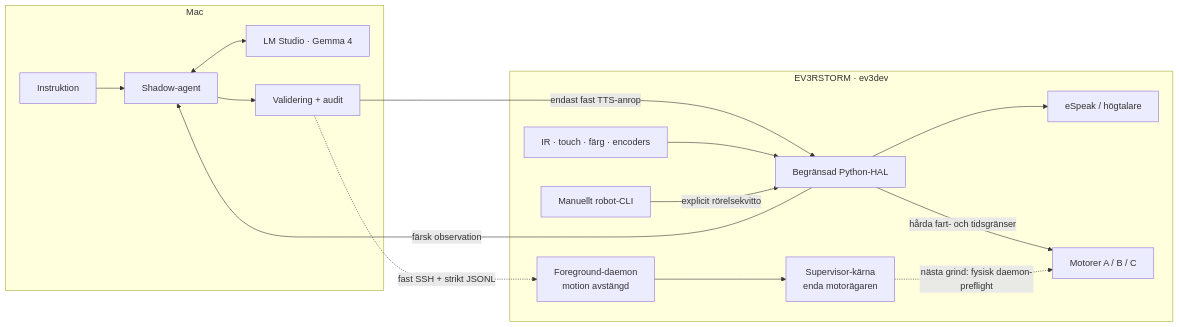
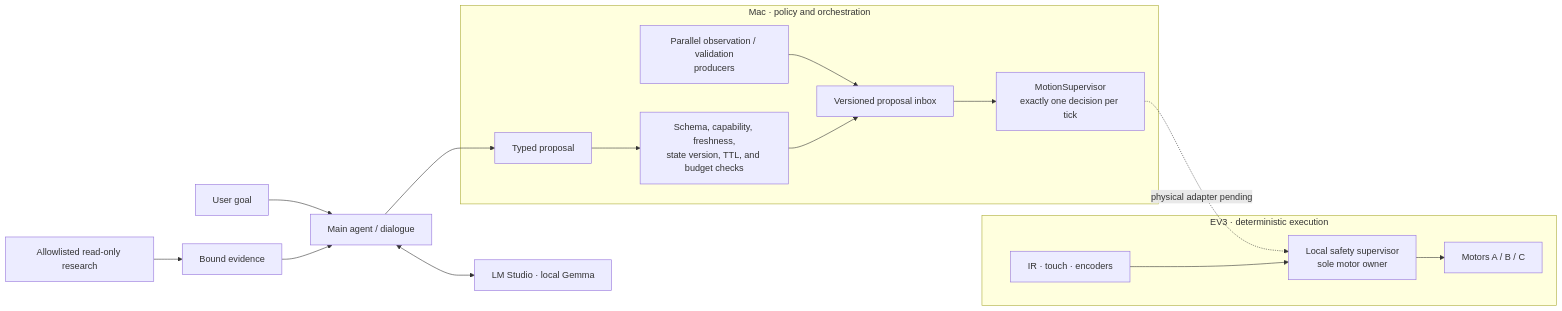
The diagram in README.md (Jawbreaker1/robot-llm), drawn with Mermaid before and after one commit. The commit also changed other lines of this file and 4 other files, not shown here.

````diff
--- a/README.md
+++ b/README.md
@@ -107,32 +103,21 @@
 ```mermaid
 flowchart LR
-    subgraph MAC["Mac"]
-        I["Instruktion"]
-        A["Shadow-agent"]
-        L["LM Studio · Gemma 4"]
-        V["Validering + audit"]
+    U["User goal"] --> A["Main agent / dialogue"]
+    A <--> L["LM Studio · local Gemma"]
+    A --> P["Typed proposal"]
+    W["Allowlisted read-only research"] --> E["Bound evidence"]
+    E --> A
+
+    subgraph HOST["Mac · policy and orchestration"]
+        P --> H["Schema, capability, freshness,<br/>state version, TTL, and budget checks"]
+        O["Parallel observation / validation<br/>producers"] --> I["Versioned proposal inbox"]
+        H --> I
+        I --> M["MotionSupervisor<br/>exactly one decision per tick"]
     end
 
-    subgraph EV3["EV3RSTORM · ev3dev"]
-        C["Manuellt robot-CLI"]
-        H["Begränsad Python-HAL"]
-        S["IR · touch · färg · encoders"]
-        T["eSpeak / högtalare"]
-        M["Motorer A / B / C"]
-        X["Foreground-daemon<br/>motion avstängd"]
-        Y["Supervisor-kärna<br/>enda motorägaren"]
+    subgraph EV3["EV3 · deterministic execution"]
+        M -.->|"physical adapter pending"| S["Local safety supervisor<br/>sole motor owner"]
+        R["IR · touch · encoders"] --> S
+        S --> B["Motors A / B / C"]
     end
-
-    I --> A
-    A <--> L
-    A --> V
-    V -->|"endast fast TTS-anrop"| H
-    S --> H
-    H -->|"färsk observation"| A
-    H --> T
-    C -->|"explicit rörelsekvitto"| H
-    H -->|"hårda fart- och tidsgränser"| M
-    V -.->|"fast SSH + strikt JSONL"| X
-    X --> Y
-    Y -.->|"nästa grind: fysisk daemon-preflight"| M
 ```
````
